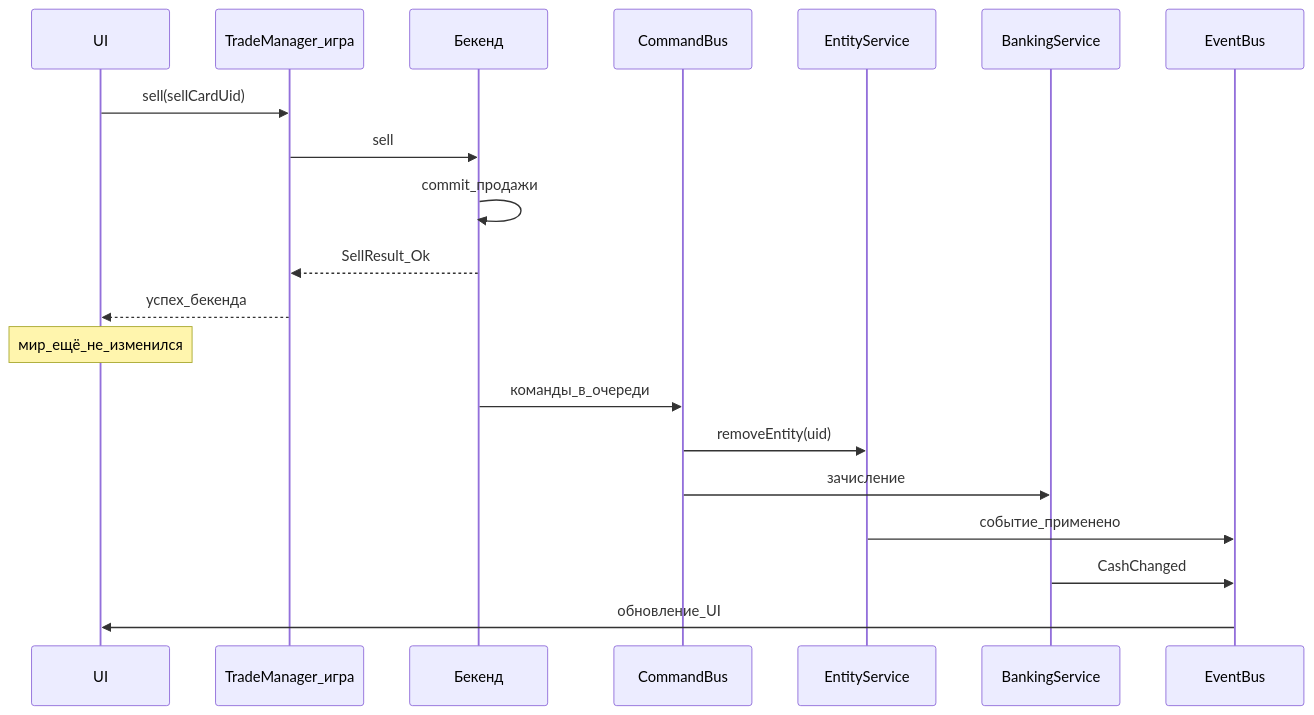
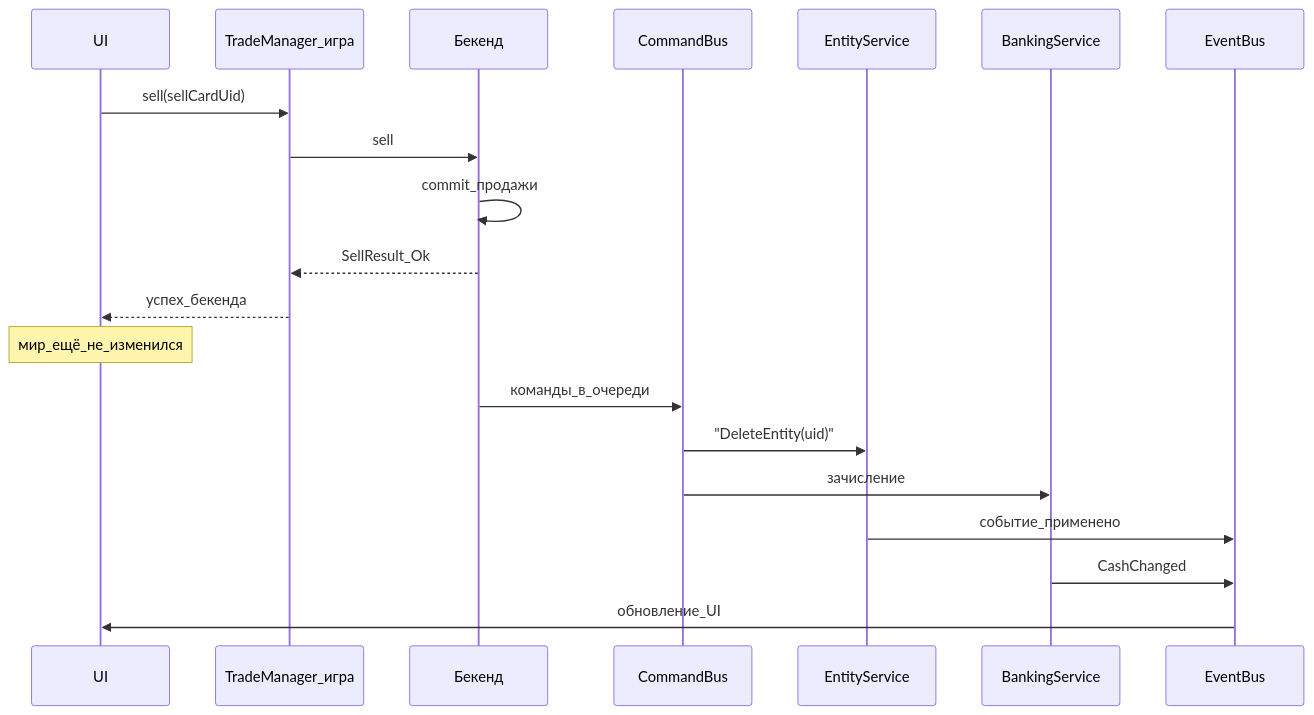
The diagram in Architecture/BackendGameMutation.md (EvGenius91/arma-r-arch), drawn with Mermaid before and after one commit. The commit also changed other lines of this file and 17 other files, not shown here.

````diff
--- a/Architecture/BackendGameMutation.md
+++ b/Architecture/BackendGameMutation.md
@@ -35,23 +35,23 @@
 ```mermaid
 sequenceDiagram
     participant UI
     participant Trade as TradeManager_игра
     participant BE as Бекенд
     participant CB as CommandBus
     participant Entity as EntityService
     participant Bank as BankingService
     participant EB as EventBus
 
     UI->>Trade: sell(sellCardUid)
     Trade->>BE: sell
     BE->>BE: commit_продажи
     BE-->>Trade: SellResult_Ok
     Trade-->>UI: успех_бекенда
     Note over UI: мир_ещё_не_изменился
     BE->>CB: команды_в_очереди
-    CB->>Entity: removeEntity(uid)
+    CB->>Entity: "DeleteEntity(uid)"
     CB->>Bank: зачисление
     Entity->>EB: событие_применено
     Bank->>EB: CashChanged
     EB->>UI: обновление_UI
 ```
````
